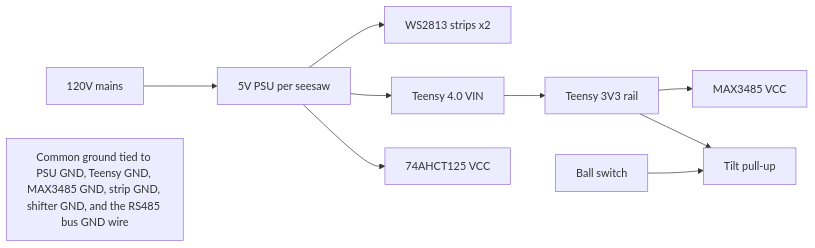
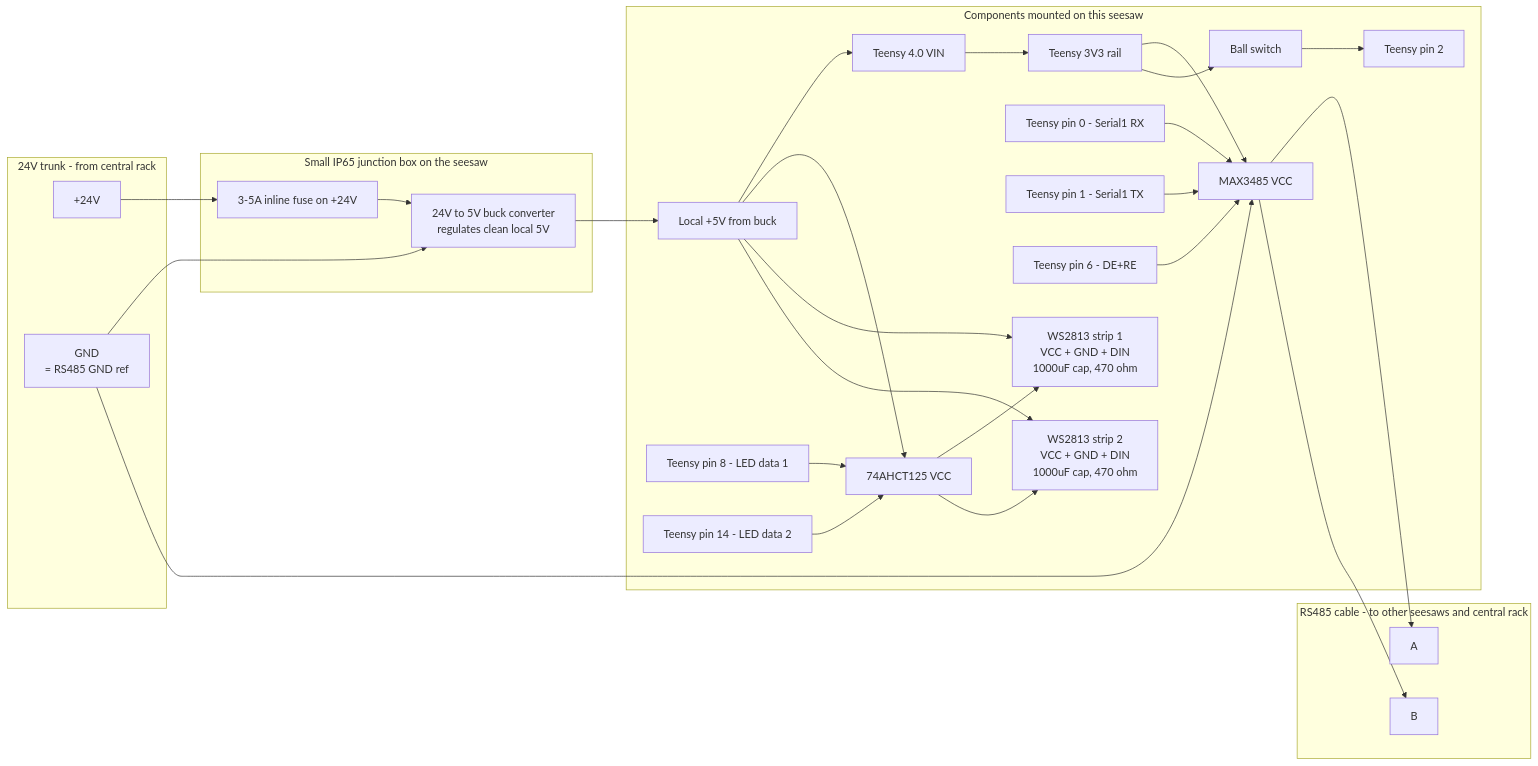
Before and after one commit to walkerkaiman/Seesaws: the second of 3 diagrams in README.md, drawn with Mermaid. The commit also changed other lines of this file and 2 other files, not shown here.

````diff
--- a/README.md
+++ b/README.md
@@ -63,12 +110,48 @@
 ```mermaid
 flowchart LR
-    Mains["120V mains"] --> PSU["5V PSU per seesaw"]
-    PSU --> LEDs["WS2813 strips x2"]
-    PSU --> VIN["Teensy 4.0 VIN"]
-    PSU --> Shifter["74AHCT125 VCC"]
-    VIN --> V3["Teensy 3V3 rail"]
-    V3 --> XCVR["MAX3485 VCC"]
-    V3 --> Pull["Tilt pull-up"]
-    Tilt["Ball switch"] --> Pull
-    GND["Common ground tied to PSU GND, Teensy GND, MAX3485 GND, strip GND, shifter GND, and the RS485 bus GND wire"]
+    subgraph Trunk24 [24V trunk - from central rack]
+        BusV["+24V"]
+        BusG["GND<br/>= RS485 GND ref"]
+    end
+    subgraph RS485 [RS485 cable - to other seesaws and central rack]
+        RA["A"]
+        RB["B"]
+    end
+    subgraph IPbox [Small IP65 junction box on the seesaw]
+        Fuse["3-5A inline fuse on +24V"]
+        Buck["24V to 5V buck converter<br/>regulates clean local 5V"]
+    end
+    subgraph Onseesaw [Components mounted on this seesaw]
+        Local5V["Local +5V from buck"]
+        VIN["Teensy 4.0 VIN"]
+        V3["Teensy 3V3 rail"]
+        XCVR["MAX3485 VCC"]
+        Shifter["74AHCT125 VCC"]
+        Tilt["Ball switch"]
+        Pin2["Teensy pin 2"]
+        Pin8["Teensy pin 8 - LED data 1"]
+        Pin14["Teensy pin 14 - LED data 2"]
+        Pin0["Teensy pin 0 - Serial1 RX"]
+        Pin1["Teensy pin 1 - Serial1 TX"]
+        Pin6["Teensy pin 6 - DE+RE"]
+        Strip1["WS2813 strip 1<br/>VCC + GND + DIN<br/>1000uF cap, 470 ohm"]
+        Strip2["WS2813 strip 2<br/>VCC + GND + DIN<br/>1000uF cap, 470 ohm"]
+    end
+    BusV --> Fuse --> Buck --> Local5V
+    BusG --> Buck
+    BusG --> XCVR
+    Local5V --> VIN
+    Local5V --> Shifter
+    Local5V --> Strip1
+    Local5V --> Strip2
+    VIN --> V3
+    V3 --> XCVR
+    V3 --> Tilt --> Pin2
+    Pin8 --> Shifter --> Strip1
+    Pin14 --> Shifter --> Strip2
+    Pin0 --> XCVR
+    Pin1 --> XCVR
+    Pin6 --> XCVR
+    XCVR --> RA
+    XCVR --> RB
 ```
````
